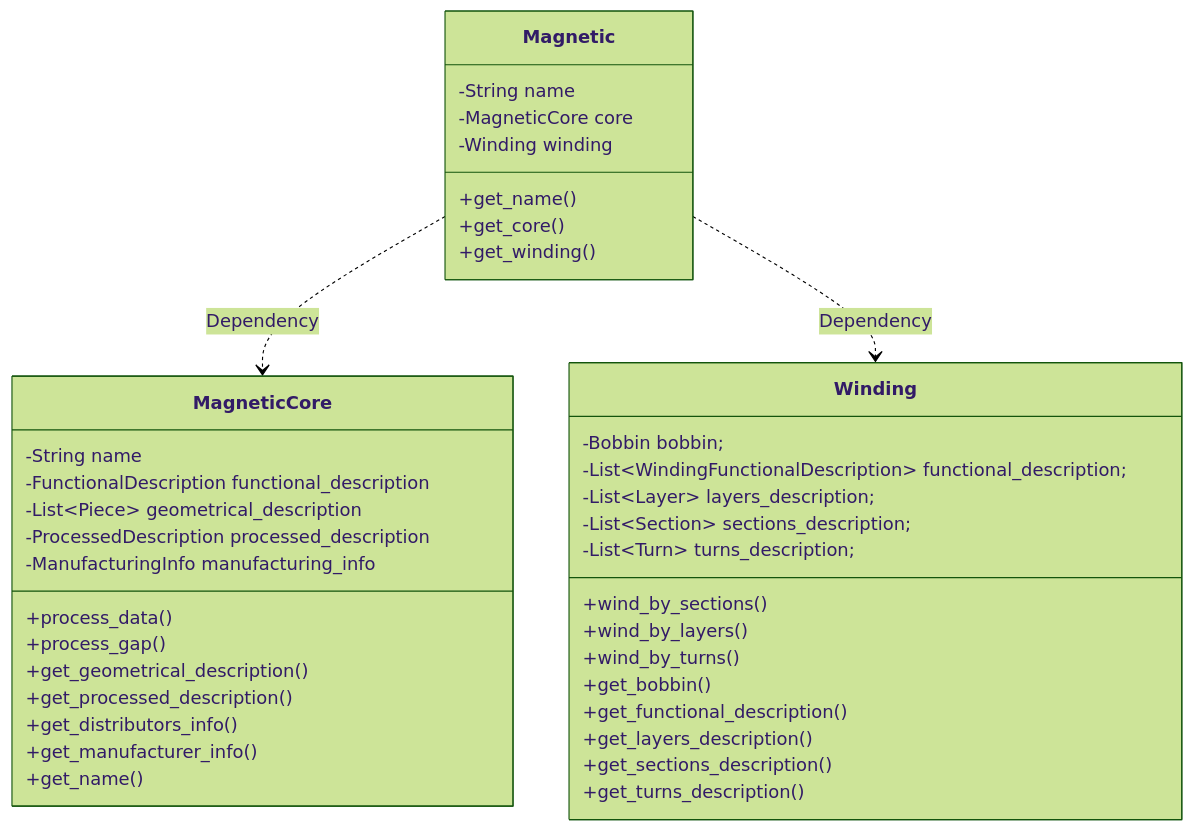
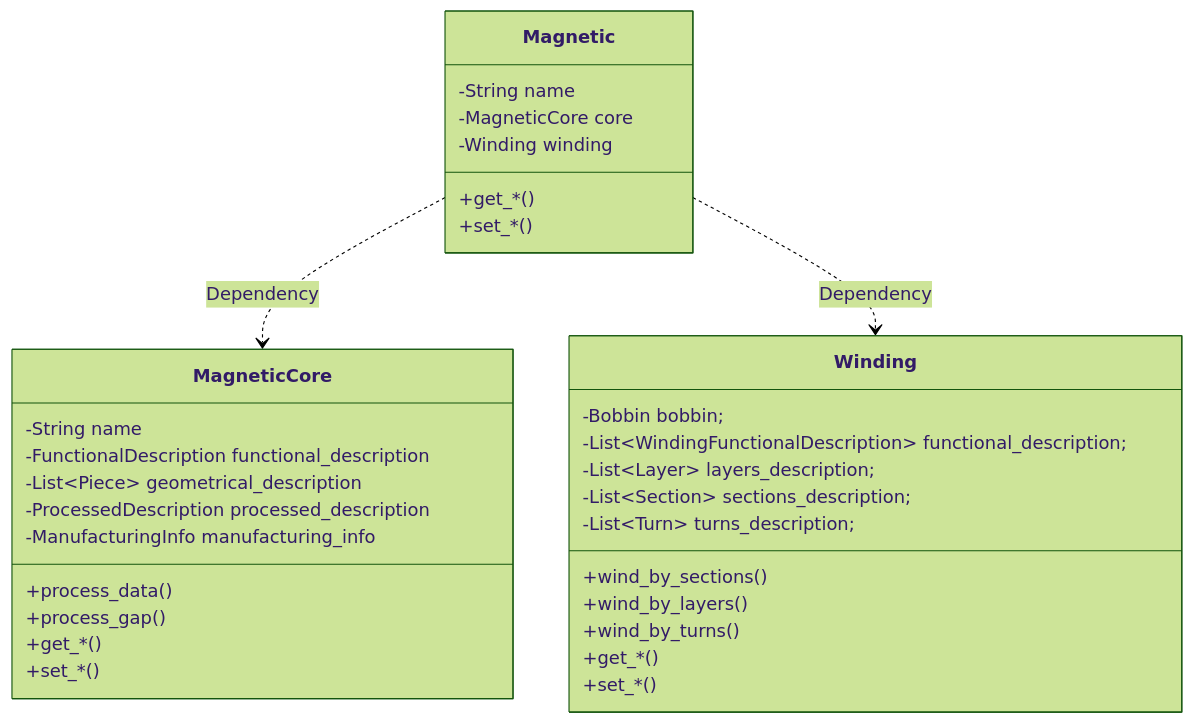
The diagram in docs/magnetic.md (OpenMagnetics/MAS), drawn with Mermaid (forest theme) before and after one commit.

````diff
--- a/docs/magnetic.md
+++ b/docs/magnetic.md
@@ -17,53 +17,46 @@
 ```mermaid
 classDiagram
 
 class Magnetic {
     
     -String name
     -MagneticCore core
     -Winding winding
 
-	+get_name()
-	+get_core()
-	+get_winding()
+    +get_*()
+    +set_*()
     
 }
 Magnetic ..> MagneticCore : Dependency
 Magnetic ..> Winding : Dependency
 
 
 class MagneticCore {
 
     -String name
     -FunctionalDescription functional_description
     -List~Piece~ geometrical_description
     -ProcessedDescription processed_description
     -ManufacturingInfo manufacturing_info
 
-	+process_data()
-	+process_gap()
-	+get_geometrical_description()
-	+get_processed_description()
-	+get_distributors_info()
-	+get_manufacturer_info()
-	+get_name()
+    +process_data()
+    +process_gap()
+    +get_*()
+    +set_*()
 }
 
 class Winding {
     -Bobbin bobbin;
     -List~WindingFunctionalDescription~ functional_description;
     -List~Layer~ layers_description;
     -List~Section~ sections_description;
     -List~Turn~ turns_description;
 
-	+wind_by_sections()
-	+wind_by_layers()
-	+wind_by_turns()
-	+get_bobbin()
-	+get_functional_description()
-	+get_layers_description()
-	+get_sections_description()
-	+get_turns_description()
+    +wind_by_sections()
+    +wind_by_layers()
+    +wind_by_turns()
+    +get_*()
+    +set_*()
 }
 
 ```
````
